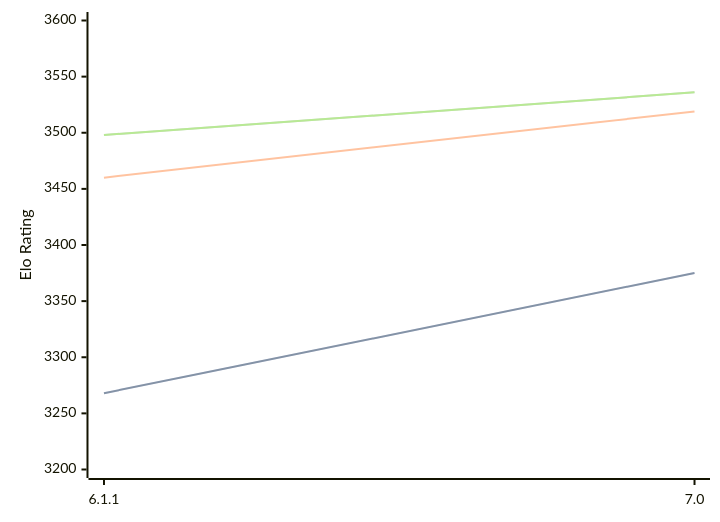
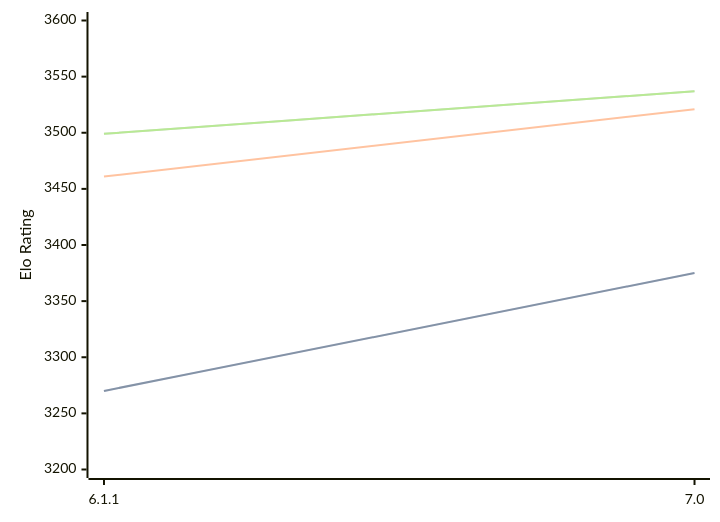
One commit to computer-chess-index/cci changed the diagram in engines/Astra.md. Above: the diagram before and after it, drawn with Mermaid. The commit also changed other lines of this file, not shown here.

Commit message:
Update CCI Ratings (ELO VLTC) - 2026-07-20

````diff
--- a/engines/Astra.md
+++ b/engines/Astra.md
@@ -44,11 +44,11 @@
 ```mermaid
 %%{init: {"theme":"base","themeVariables":{"seriesColors:['#a3a3a3','#222221','#faa371']}}}%%
 xychart-beta
   x-axis ["6.1.1", "7.0"]
   y-axis "Elo Rating" 3200 --> 3600
-  line "STC (8.0+0.08s)" [3268, 3375]
-  line "STC (8.0+0.08s)" [3268, 3375]
-  line "LTC (60.0+0.60s)" [3460, 3519]
-  line "VLTC (2m24s+1.12s)" [3498, 3536]
-  line "VLTC (2m24s+1.12s)" [3498, 3536]
+  line "STC (8.0+0.08s)" [3270, 3375]
+  line "STC (8.0+0.08s)" [3270, 3375]
+  line "LTC (60.0+0.60s)" [3461, 3521]
+  line "VLTC (2m24s+1.12s)" [3499, 3537]
+  line "VLTC (2m24s+1.12s)" [3499, 3537]
 ```
````
